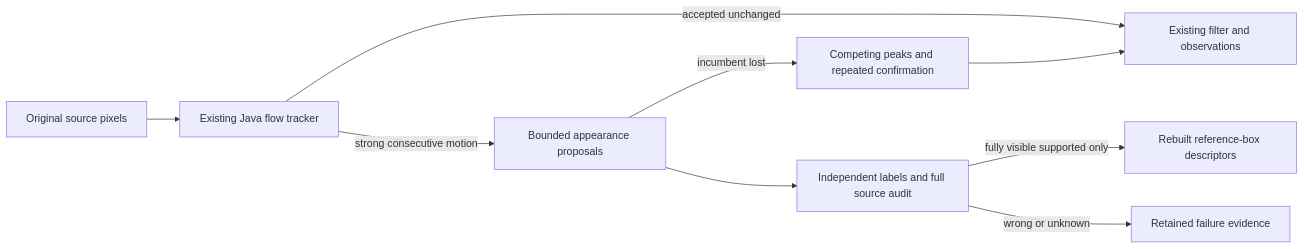
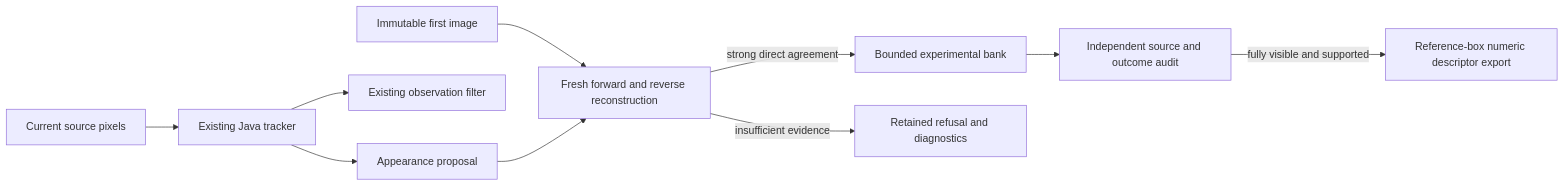
The diagram in README.md (eyeoverthink/Fraynix-Agent-Workspace), drawn with Mermaid before and after one commit. The commit also changed other lines of this file and 272 other files, not shown here.

Commit message:
Document edition 136 anchored admissions and measured evidence costs with retained evidence

````diff
--- a/README.md
+++ b/README.md
@@ -85,11 +75,12 @@
 ```mermaid
 flowchart LR
-    Pixels[Original source pixels] --> Flow[Existing Java flow tracker]
-    Flow -->|accepted unchanged| Estimate[Existing filter and observations]
-    Flow -->|strong consecutive motion| Proposal[Bounded appearance proposals]
-    Proposal -->|incumbent lost| Search[Competing peaks and repeated confirmation]
-    Search --> Estimate
-    Proposal --> Audit[Independent labels and full source audit]
-    Audit -->|fully visible supported only| Export[Rebuilt reference-box descriptors]
-    Audit -->|wrong or unknown| Refusal[Retained failure evidence]
+    Source[Immutable first image] --> Anchor[Fresh forward and reverse reconstruction]
+    Frames[Current source pixels] --> Flow[Existing Java tracker]
+    Flow --> Estimate[Existing observation filter]
+    Flow --> Candidate[Appearance proposal]
+    Candidate --> Anchor
+    Anchor -->|strong direct agreement| Bank[Bounded experimental bank]
+    Anchor -->|insufficient evidence| Refusal[Retained refusal and diagnostics]
+    Bank --> Audit[Independent source and outcome audit]
+    Audit -->|fully visible and supported| Export[Reference-box numeric descriptor export]
 ```
````
